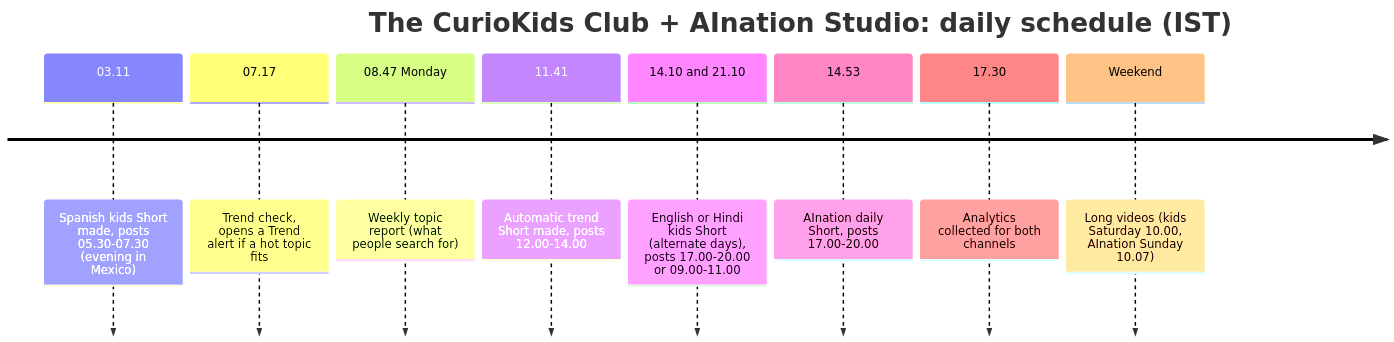
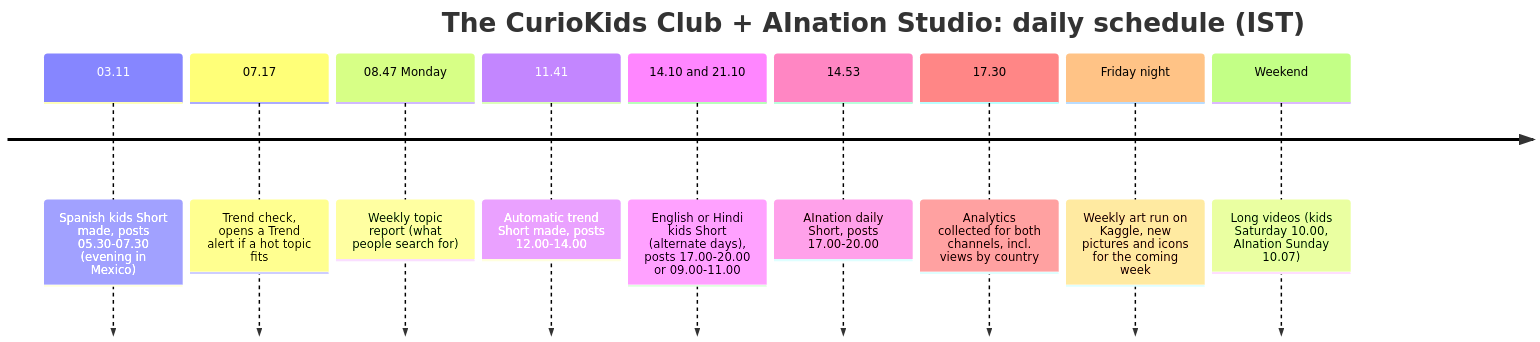
The second of 6 diagrams in docs/HOW_IT_WORKS.md (ambujkhanna/The-CurioKids-Club), drawn with Mermaid before and after one commit. The commit also changed other lines of this file and 4 other files, not shown here.

````diff
--- a/docs/HOW_IT_WORKS.md
+++ b/docs/HOW_IT_WORKS.md
@@ -29,12 +29,13 @@
 ```mermaid
 timeline
     title The CurioKids Club + AInation Studio: daily schedule (IST)
     03.11 : Spanish kids Short made, posts 05.30-07.30 (evening in Mexico)
     07.17 : Trend check, opens a Trend alert if a hot topic fits
     08.47 Monday : Weekly topic report (what people search for)
     11.41 : Automatic trend Short made, posts 12.00-14.00
     14.10 and 21.10 : English or Hindi kids Short (alternate days), posts 17.00-20.00 or 09.00-11.00
     14.53 : AInation daily Short, posts 17.00-20.00
-    17.30 : Analytics collected for both channels
+    17.30 : Analytics collected for both channels, incl. views by country
+    Friday night : Weekly art run on Kaggle, new pictures and icons for the coming week
     Weekend : Long videos (kids Saturday 10.00, AInation Sunday 10.07)
 ```
````
